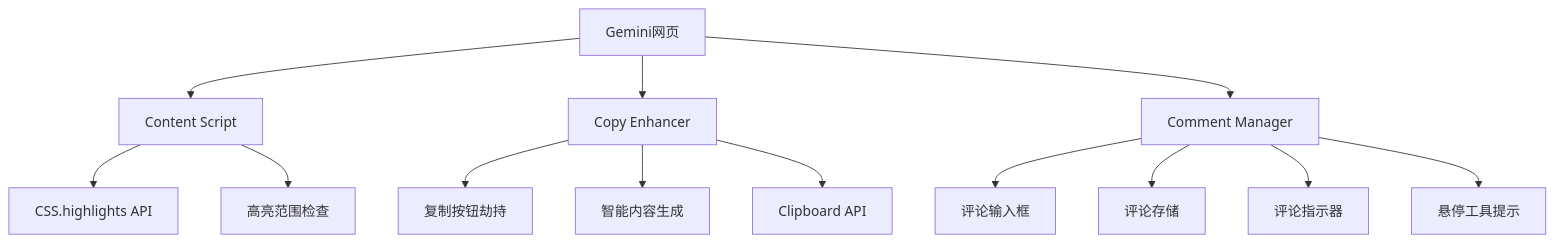
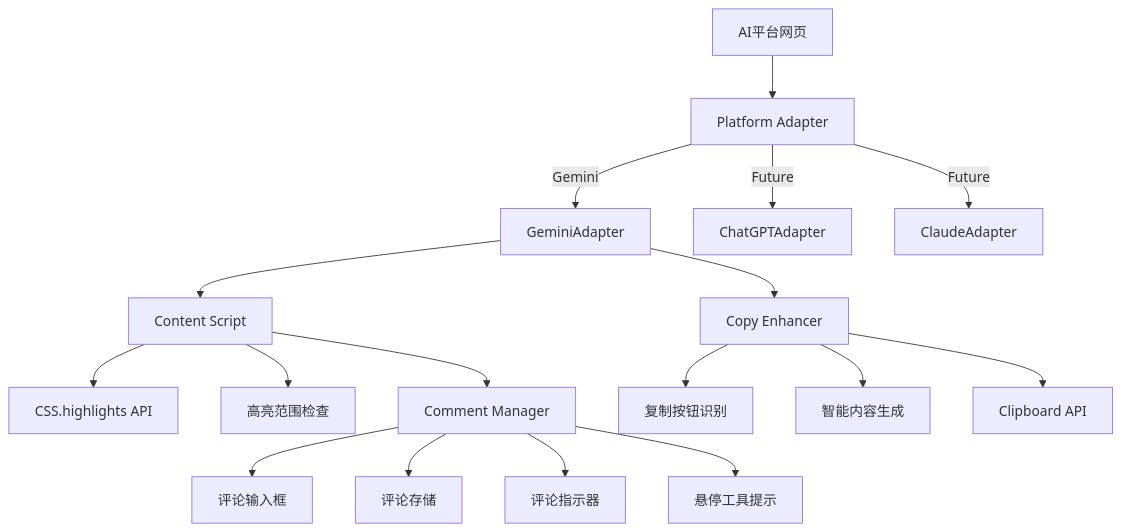
One commit to MarssZ/Highlight-by-Marss changed the first of 7 diagrams in specs/ai-highlight-assistant/design.md. Above: the diagram before and after it, drawn with Mermaid. The commit also changed other lines of this file and 4 other files, not shown here.

````diff
--- a/specs/ai-highlight-assistant/design.md
+++ b/specs/ai-highlight-assistant/design.md
@@ -32,15 +32,21 @@
 ```mermaid
 graph TD
-    A[Gemini网页] --> B[Content Script]
-    A --> C[Copy Enhancer]
-    A --> D[Comment Manager]
-    B --> E[CSS.highlights API]
-    B --> F[高亮范围检查]
-    C --> G[复制按钮劫持]
-    C --> H[智能内容生成]
-    C --> I[Clipboard API]
-    D --> J[评论输入框]
-    D --> K[评论存储]
-    D --> L[评论指示器]
-    D --> M[悬停工具提示]
+    A[AI平台网页] --> B[Platform Adapter]
+    B --> |Gemini| BA[GeminiAdapter]
+    B --> |Future| BB[ChatGPTAdapter]
+    B --> |Future| BC[ClaudeAdapter]
+    
+    BA --> C[Content Script]
+    BA --> D[Copy Enhancer]
+    C --> E[CSS.highlights API]
+    C --> F[高亮范围检查]
+    D --> G[复制按钮识别]
+    D --> H[智能内容生成]
+    D --> I[Clipboard API]
+    
+    C --> J[Comment Manager]
+    J --> K[评论输入框]
+    J --> L[评论存储]
+    J --> M[评论指示器]
+    J --> N[悬停工具提示]
 ```
````
